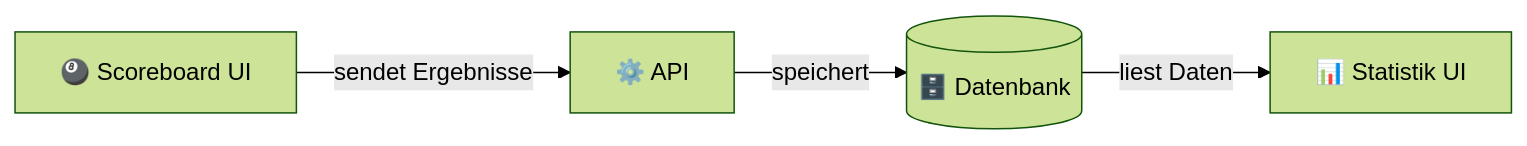
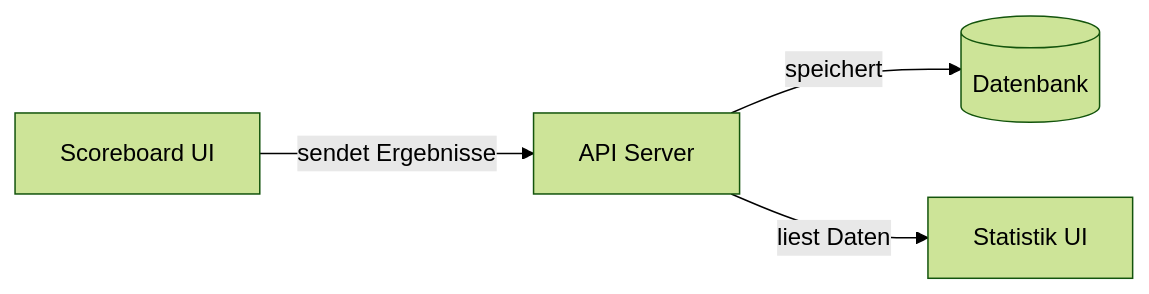
Before and after one commit to dennisfurrer/rrsb-mono: the first of 2 diagrams in apps/docs/src/content/docs/de/overview/welcome.md, drawn with Mermaid (forest theme). The commit also changed other lines of this file and 13 other files, not shown here.

````diff
--- a/apps/docs/src/content/docs/de/overview/welcome.md
+++ b/apps/docs/src/content/docs/de/overview/welcome.md
@@ -43,11 +43,6 @@
 ```mermaid
 flowchart LR
-    S["🎱 Scoreboard UI"]
-    A["⚙️ API"]
-    D[("🗄️ Datenbank")]
-    T["📊 Statistik UI"]
-
-    S -- "sendet Ergebnisse" --> A
-    A -- "speichert" --> D
-    D -- "liest Daten" --> T
+    S[Scoreboard UI] -- sendet Ergebnisse --> A[API Server]
+    A -- speichert --> D[(Datenbank)]
+    A -- liest Daten --> T[Statistik UI]
 ```
````
